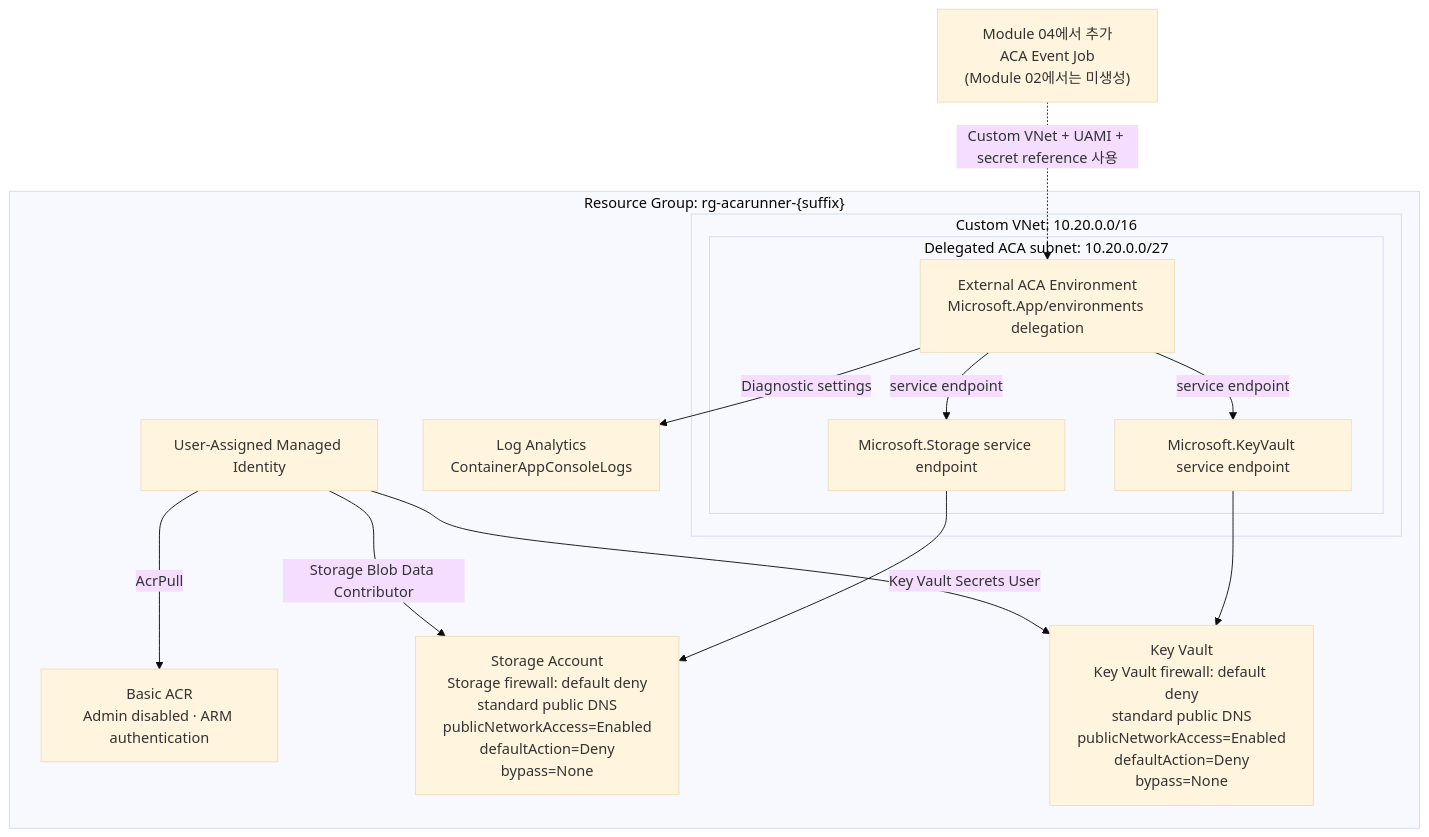
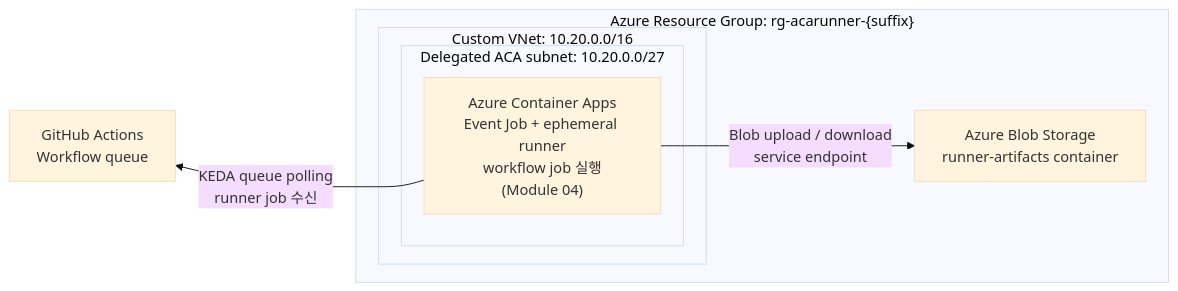
One commit to freeman9844/aca-github-runner-workshop-private changed the diagram in docs/02-azure-foundation.md. Above: the diagram before and after it, drawn with Mermaid (base theme). The commit also changed other lines of this file and 1 other file, not shown here.

Commit message:
docs: simplify workshop architecture flow

````diff
--- a/docs/02-azure-foundation.md
+++ b/docs/02-azure-foundation.md
@@ -9,30 +9,18 @@
 ```mermaid
-flowchart TB
-  next["Module 04에서 추가<br/>ACA Event Job<br/>(Module 02에서는 미생성)"]
+flowchart LR
+  github["GitHub Actions<br/>Workflow queue"]
 
-  subgraph rg["Resource Group: rg-acarunner-{suffix}"]
-    log["Log Analytics<br/>ContainerAppConsoleLogs"]
-    acr["Basic ACR<br/>Admin disabled · ARM authentication"]
-    uami["User-Assigned Managed Identity"]
-    storage["Storage Account<br/>Storage firewall: default deny<br/>standard public DNS<br/>publicNetworkAccess=Enabled<br/>defaultAction=Deny<br/>bypass=None"]
-    kv["Key Vault<br/>Key Vault firewall: default deny<br/>standard public DNS<br/>publicNetworkAccess=Enabled<br/>defaultAction=Deny<br/>bypass=None"]
-
+  subgraph rg["Azure Resource Group: rg-acarunner-{suffix}"]
     subgraph vnet["Custom VNet: 10.20.0.0/16"]
       subgraph acaSubnet["Delegated ACA subnet: 10.20.0.0/27"]
-        env["External ACA Environment<br/>Microsoft.App/environments delegation"]
-        storageSe["Microsoft.Storage service endpoint"]
-        keyVaultSe["Microsoft.KeyVault service endpoint"]
+        aca["Azure Container Apps<br/>Event Job + ephemeral runner<br/>workflow job 실행<br/>(Module 04)"]
       end
     end
+
+    blob["Azure Blob Storage<br/>runner-artifacts container"]
   end
 
-  env -->|"Diagnostic settings"| log
-  env -->|"service endpoint"| storageSe
-  storageSe --> storage
-  env -->|"service endpoint"| keyVaultSe
-  keyVaultSe --> kv
-  uami -->|"AcrPull"| acr
-  uami -->|"Storage Blob Data Contributor"| storage
-  uami -->|"Key Vault Secrets User"| kv
-  next -.->|"Custom VNet + UAMI + secret reference 사용"| env
+  github ~~~ aca
+  aca -->|"KEDA queue polling<br/>runner job 수신"| github
+  aca -->|"Blob upload / download<br/>service endpoint"| blob
 ```
````
